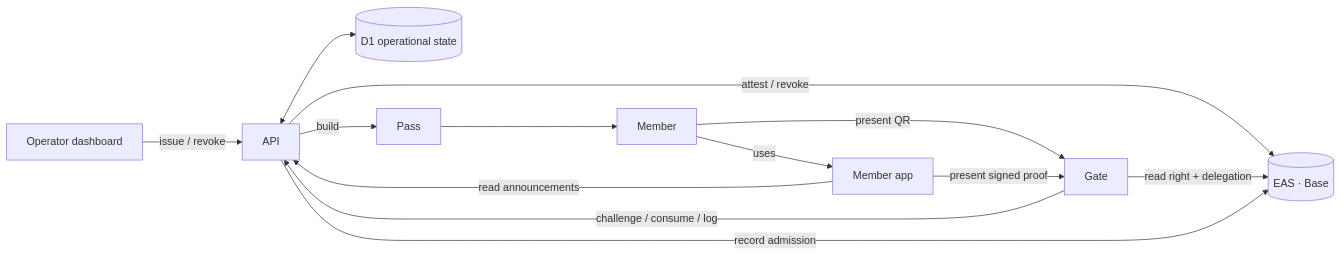
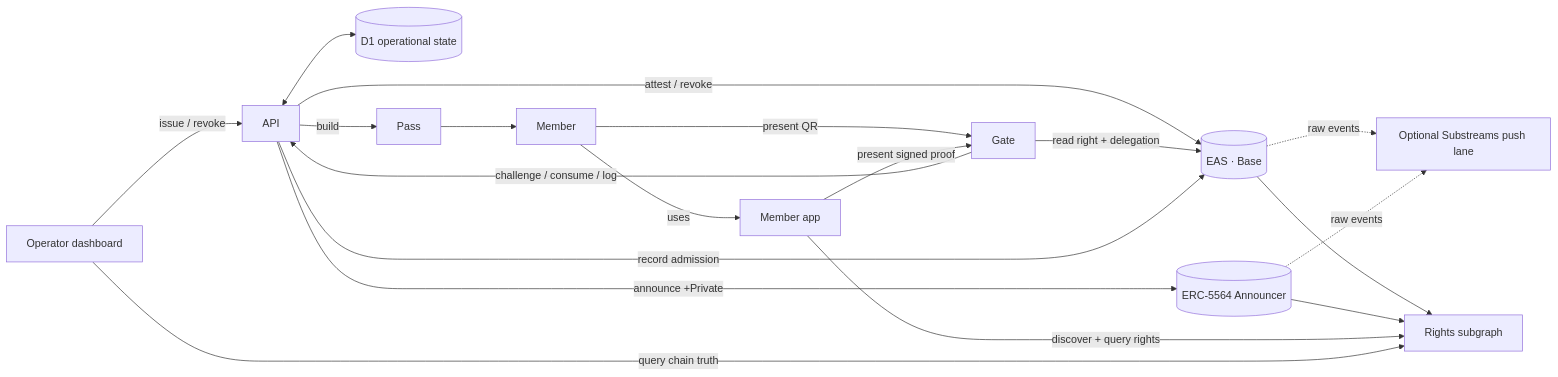
One commit to oboroxyz/fuda-sh changed the diagram in docs/architecture.md. Above: the diagram before and after it, drawn with Mermaid. The commit also changed other lines of this file and 2 other files, not shown here.

Commit message:
docs: correct Graph demo flows

````diff
--- a/docs/architecture.md
+++ b/docs/architecture.md
@@ -9,15 +8,21 @@
 ```mermaid
 flowchart LR
     D[Operator dashboard] -->|issue / revoke| API[API]
     API -->|attest / revoke| EAS[(EAS · Base)]
     API <--> D1[(D1 operational state)]
     API -->|build| P[Pass]
+    API -->|announce +Private| AN[(ERC-5564 Announcer)]
     P --> M[Member]
     M -->|present QR| G[Gate]
     M -->|uses| A[Member app]
     A -->|present signed proof| G
-    A -->|read announcements| API
+    EAS --> Q[Rights subgraph]
+    AN --> Q
+    A -->|discover + query rights| Q
+    D -->|query chain truth| Q
+    EAS -. raw events .-> S[Optional Substreams push lane]
+    AN -. raw events .-> S
     G -->|read right + delegation| EAS
     G -->|challenge / consume / log| API
     API -->|record admission| EAS
 ```
````
